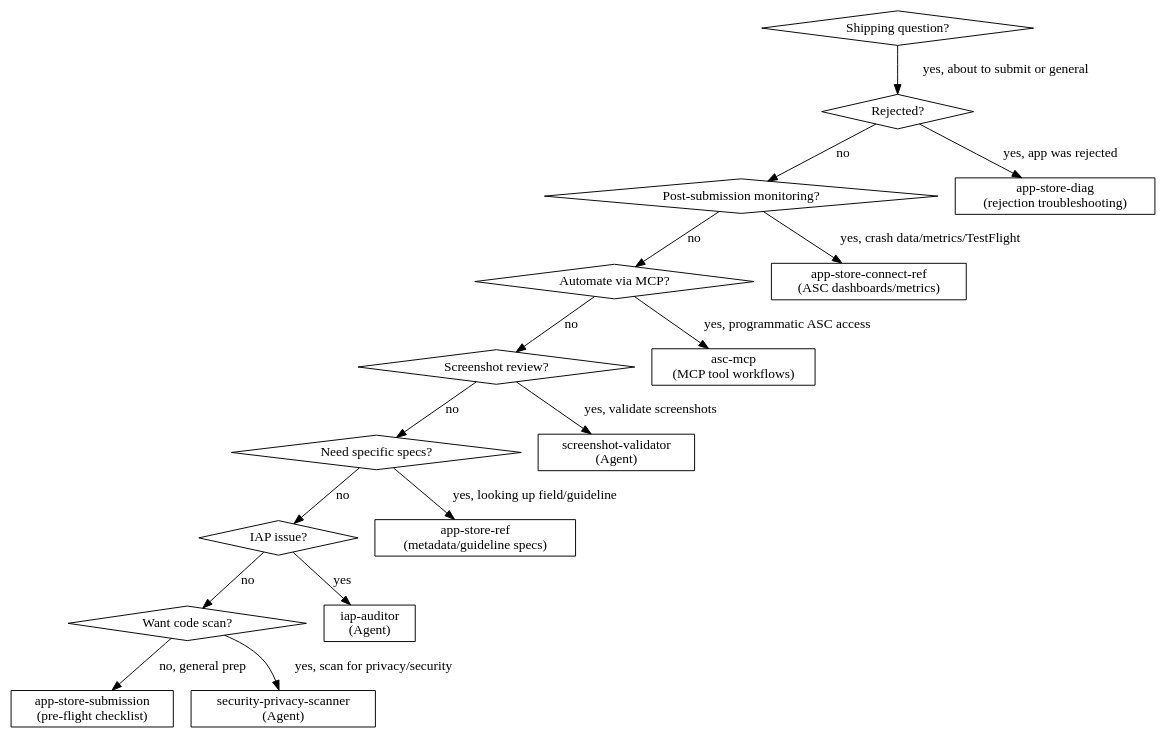
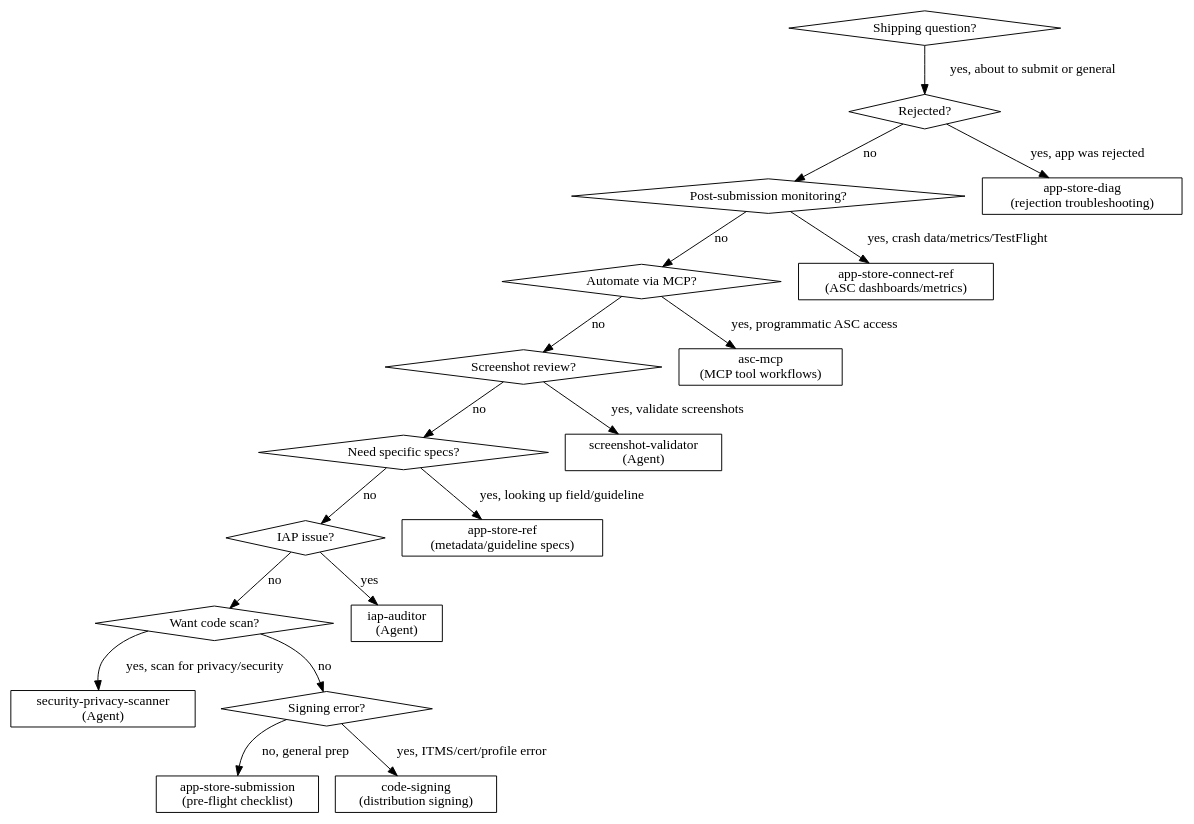
Before and after one commit to CharlesWiltgen/Axiom: the diagram in .claude-plugin/plugins/axiom/skills/axiom-shipping/SKILL.md, drawn with Graphviz. The commit also changed other lines of this file and 14 other files, not shown here.

First line of the commit message:
feat: add code signing skill triad (discipline, diagnostic, reference)

````diff
--- a/.claude-plugin/plugins/axiom/skills/axiom-shipping/SKILL.md
+++ b/.claude-plugin/plugins/axiom/skills/axiom-shipping/SKILL.md
@@ -165,37 +182,41 @@
 ```dot
 digraph shipping {
     "Shipping question?" [shape=diamond];
     "Rejected?" [shape=diamond];
     "Post-submission monitoring?" [shape=diamond];
     "Automate via MCP?" [shape=diamond];
     "Screenshot review?" [shape=diamond];
     "Need specific specs?" [shape=diamond];
     "IAP issue?" [shape=diamond];
     "Want code scan?" [shape=diamond];
 
     "app-store-submission" [shape=box, label="app-store-submission\n(pre-flight checklist)"];
     "app-store-ref" [shape=box, label="app-store-ref\n(metadata/guideline specs)"];
     "app-store-diag" [shape=box, label="app-store-diag\n(rejection troubleshooting)"];
     "app-store-connect-ref" [shape=box, label="app-store-connect-ref\n(ASC dashboards/metrics)"];
     "security-privacy-scanner" [shape=box, label="security-privacy-scanner\n(Agent)"];
     "iap-auditor" [shape=box, label="iap-auditor\n(Agent)"];
     "screenshot-validator" [shape=box, label="screenshot-validator\n(Agent)"];
     "asc-mcp" [shape=box, label="asc-mcp\n(MCP tool workflows)"];
+    "code-signing" [shape=box, label="code-signing\n(distribution signing)"];
+    "Signing error?" [shape=diamond];
 
     "Shipping question?" -> "Rejected?" [label="yes, about to submit or general"];
     "Rejected?" -> "app-store-diag" [label="yes, app was rejected"];
     "Rejected?" -> "Post-submission monitoring?" [label="no"];
     "Post-submission monitoring?" -> "app-store-connect-ref" [label="yes, crash data/metrics/TestFlight"];
     "Post-submission monitoring?" -> "Automate via MCP?" [label="no"];
     "Automate via MCP?" -> "asc-mcp" [label="yes, programmatic ASC access"];
     "Automate via MCP?" -> "Screenshot review?" [label="no"];
     "Screenshot review?" -> "screenshot-validator" [label="yes, validate screenshots"];
     "Screenshot review?" -> "Need specific specs?" [label="no"];
     "Need specific specs?" -> "app-store-ref" [label="yes, looking up field/guideline"];
     "Need specific specs?" -> "IAP issue?" [label="no"];
     "IAP issue?" -> "iap-auditor" [label="yes"];
     "IAP issue?" -> "Want code scan?" [label="no"];
+    "Want code scan?" -> "Signing error?" [label="no"];
     "Want code scan?" -> "security-privacy-scanner" [label="yes, scan for privacy/security"];
-    "Want code scan?" -> "app-store-submission" [label="no, general prep"];
+    "Signing error?" -> "code-signing" [label="yes, ITMS/cert/profile error"];
+    "Signing error?" -> "app-store-submission" [label="no, general prep"];
 }
 ```
````
